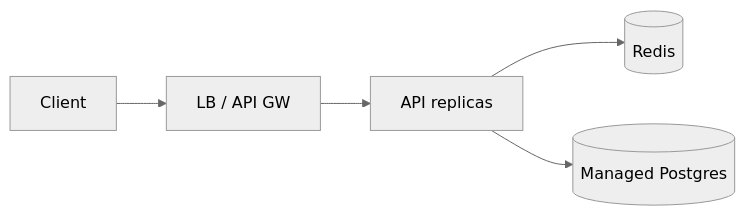
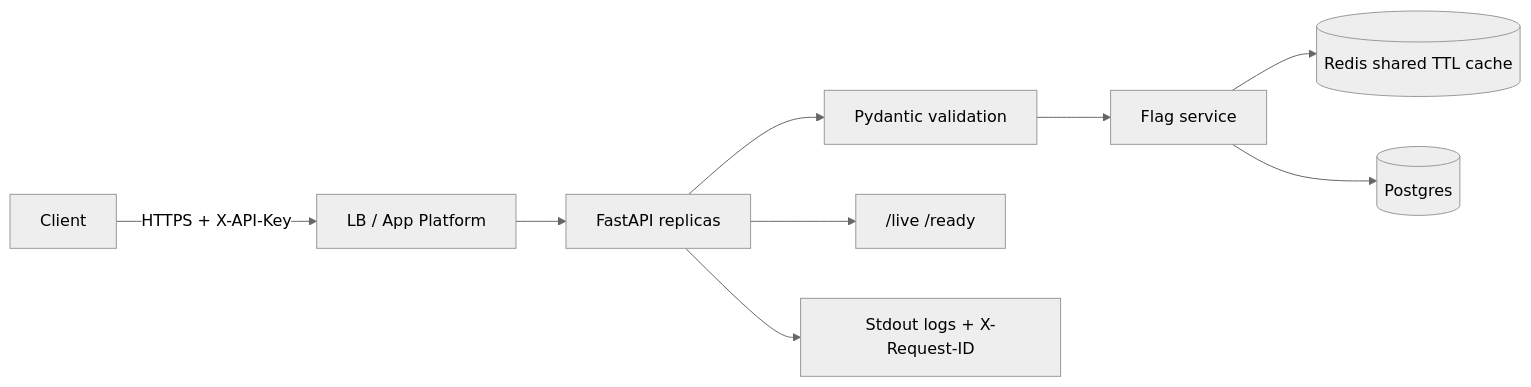
One commit to jenscui-1936485/feature-flags-api changed the second of 2 diagrams in DESIGN.md. Above: the diagram before and after it, drawn with Mermaid (neutral theme). The commit also changed other lines of this file and 23 other files, not shown here.

````diff
--- a/DESIGN.md
+++ b/DESIGN.md
@@ -87,7 +88,11 @@
 ```mermaid
 flowchart LR
-  Client --> LB[LB / API GW]
-  LB --> API[API replicas]
-  API --> R[(Redis)]
-  API --> PG[(Managed Postgres)]
+  Client -->|HTTPS + X-API-Key| LB[LB / App Platform]
+  LB --> API[FastAPI replicas]
+  API --> Val[Pydantic validation]
+  Val --> Svc[Flag service]
+  Svc --> Redis[(Redis shared TTL cache)]
+  Svc --> PG[(Postgres)]
+  API --> Ready["/live /ready"]
+  API --> Log[Stdout logs + X-Request-ID]
 ```
````
